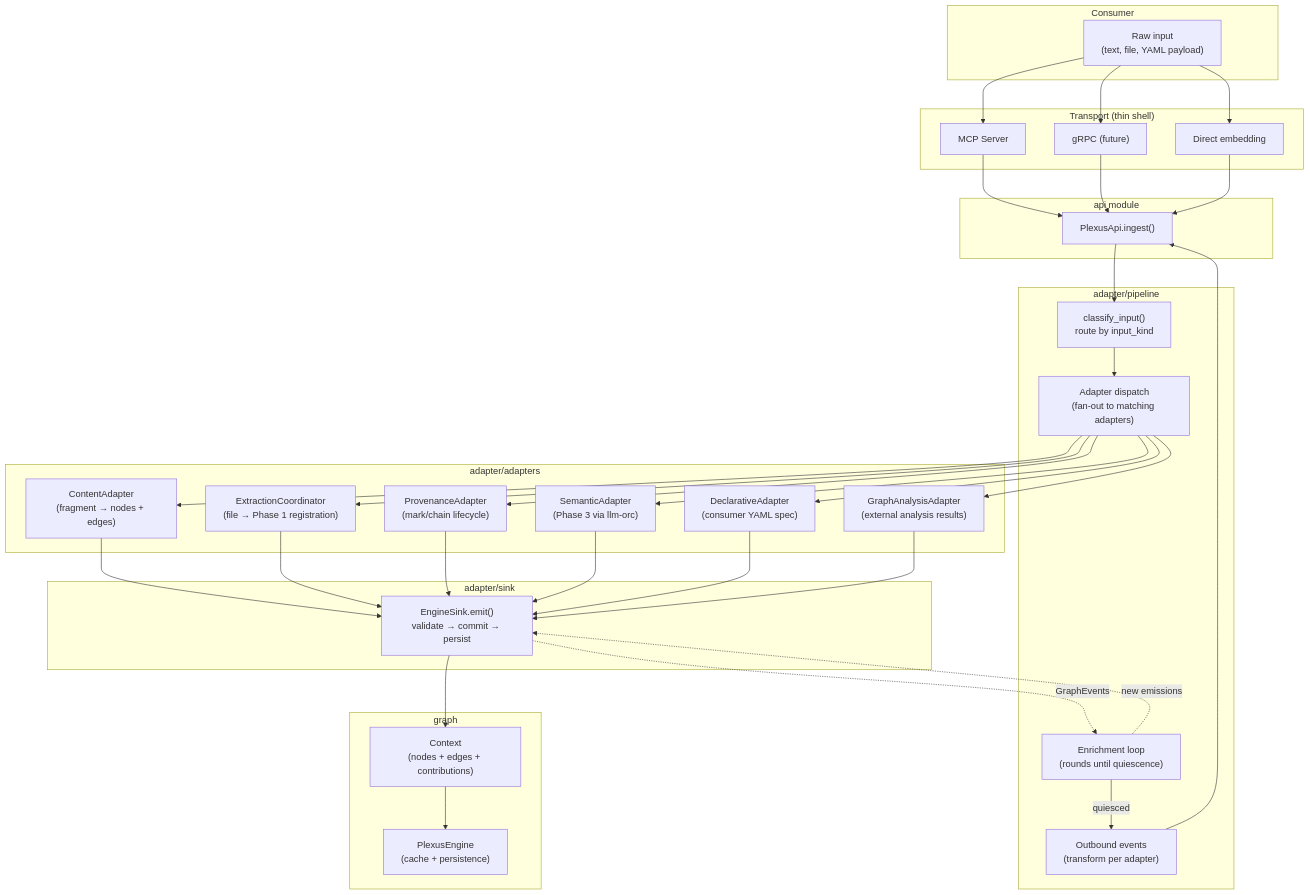
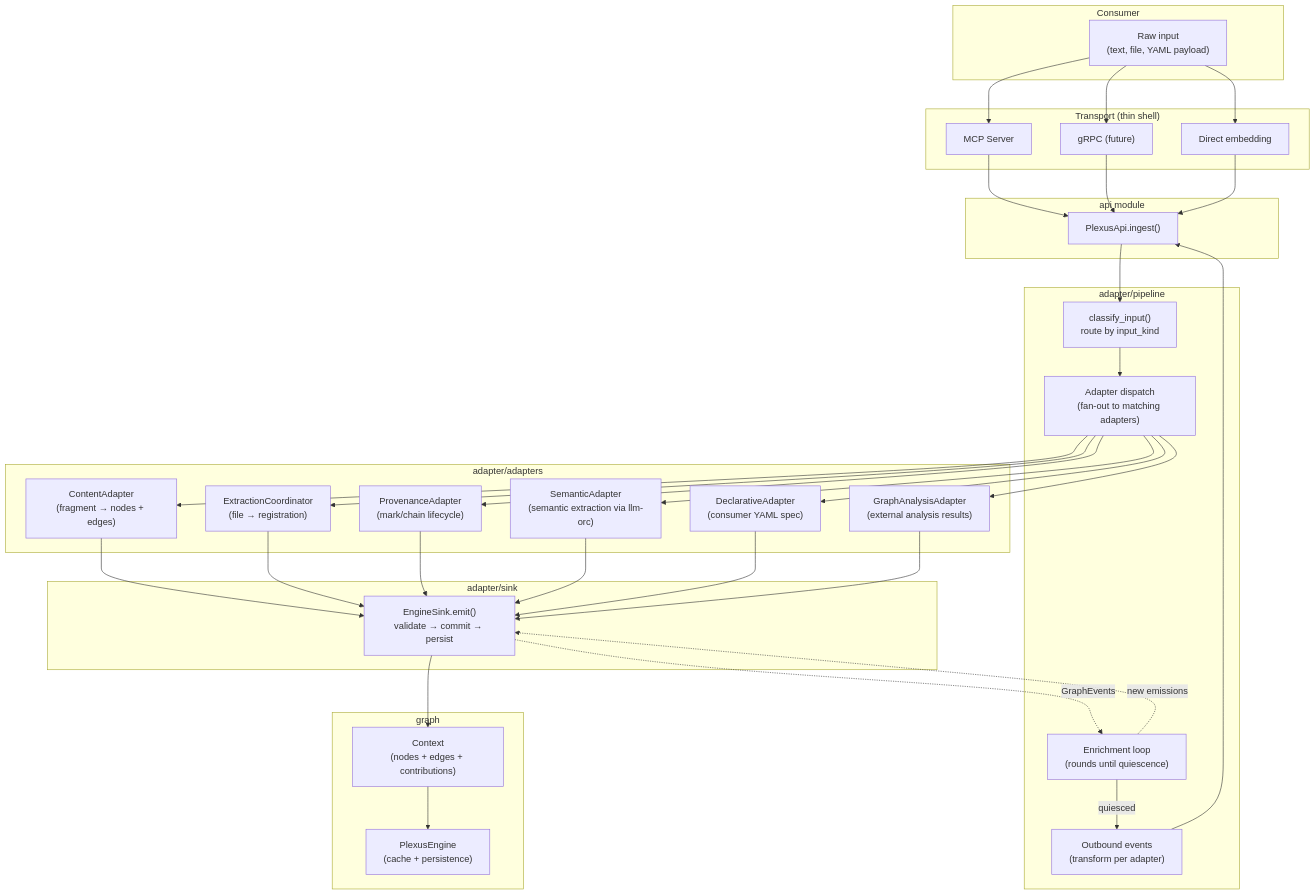
Before and after one commit to nrgforge/plexus: the first of 5 diagrams in docs/system-design.md, drawn with Mermaid. The commit also changed other lines of this file and 12 other files, not shown here.

````diff
--- a/docs/system-design.md
+++ b/docs/system-design.md
@@ -210,54 +210,54 @@
 ```mermaid
 flowchart TD
     subgraph Consumer
         input["Raw input<br>(text, file, YAML payload)"]
     end
 
     subgraph Transport["Transport (thin shell)"]
         mcp["MCP Server"]
         grpc["gRPC (future)"]
         embed["Direct embedding"]
     end
 
     subgraph API["api module"]
         api["PlexusApi.ingest()"]
     end
 
     subgraph Pipeline["adapter/pipeline"]
         classify["classify_input()<br>route by input_kind"]
         dispatch["Adapter dispatch<br>(fan-out to matching adapters)"]
         loop["Enrichment loop<br>(rounds until quiescence)"]
         events["Outbound events<br>(transform per adapter)"]
     end
 
     subgraph Adapters["adapter/adapters"]
         content["ContentAdapter<br>(fragment → nodes + edges)"]
-        extraction["ExtractionCoordinator<br>(file → Phase 1 registration)"]
+        extraction["ExtractionCoordinator<br>(file → registration)"]
         provenance["ProvenanceAdapter<br>(mark/chain lifecycle)"]
-        semantic["SemanticAdapter<br>(Phase 3 via llm-orc)"]
+        semantic["SemanticAdapter<br>(semantic extraction via llm-orc)"]
         declarative["DeclarativeAdapter<br>(consumer YAML spec)"]
         analysis["GraphAnalysisAdapter<br>(external analysis results)"]
     end
 
     subgraph Sink["adapter/sink"]
         engine_sink["EngineSink.emit()<br>validate → commit → persist"]
     end
 
     subgraph Core["graph"]
         context["Context<br>(nodes + edges + contributions)"]
         engine["PlexusEngine<br>(cache + persistence)"]
     end
 
     input --> mcp & grpc & embed
     mcp & grpc & embed --> api
     api --> classify
     classify --> dispatch
     dispatch --> content & extraction & provenance & semantic & declarative & analysis
     content & extraction & provenance & semantic & declarative & analysis --> engine_sink
     engine_sink --> context
     context --> engine
     engine_sink -.->|"GraphEvents"| loop
     loop -.->|"new emissions"| engine_sink
     loop -->|"quiesced"| events
     events --> api
 ```
````
